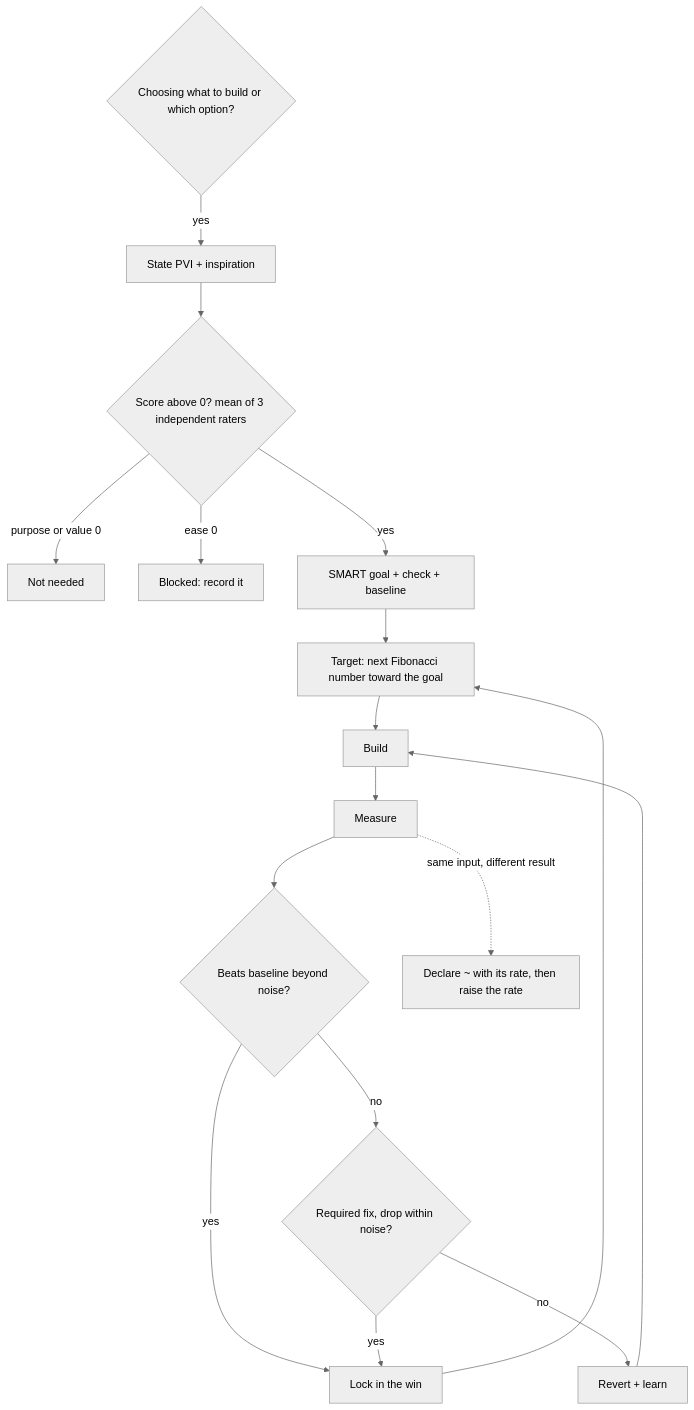
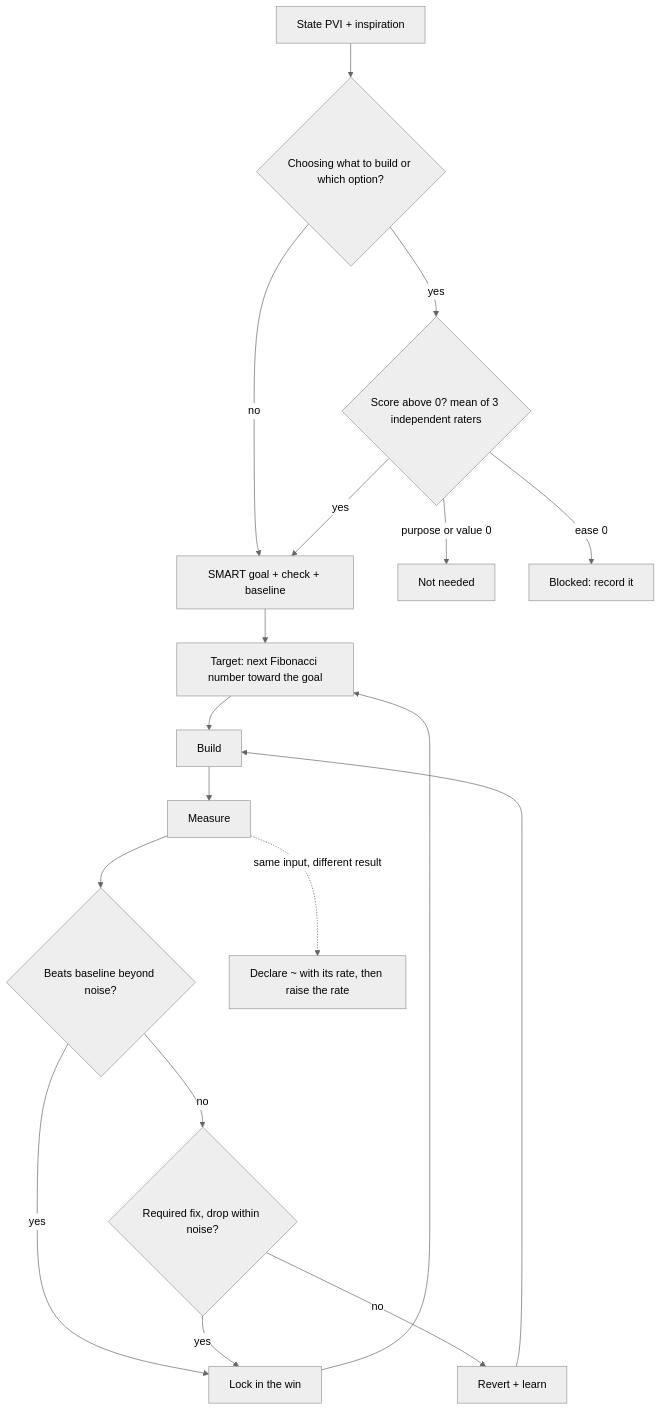
The seventh of 14 diagrams in AGENTS.md (SolenixAI/arbiter), drawn with Mermaid (neutral theme) before and after one commit. The commit also changed other lines of this file, not shown here.

````diff
--- a/AGENTS.md
+++ b/AGENTS.md
@@ -303,14 +303,16 @@
 ```mermaid
 flowchart TD
-  CH{Choosing what to build or which option?} -->|yes| PV[State PVI + inspiration] --> S{Score above 0? mean of 3 independent raters}
+  PV[State PVI + inspiration] --> CH{Choosing what to build or which option?}
+  CH -->|yes| S{Score above 0? mean of 3 independent raters}
+  CH -->|no| G
   S -->|purpose or value 0| N[Not needed]
   S -->|ease 0| B[Blocked: record it]
   S -->|yes| G[SMART goal + check + baseline]
   G --> T[Target: next Fibonacci number toward the goal] --> BU[Build] --> M[Measure]
   M --> K{Beats baseline beyond noise?}
   K -->|yes| L[Lock in the win] --> T
   K -->|no| RF{Required fix, drop within noise?}
   RF -->|yes| L
   RF -->|no| R[Revert + learn] --> BU
   M -.->|same input, different result| Z["Declare ~ with its rate, then raise the rate"]
 ```
````
